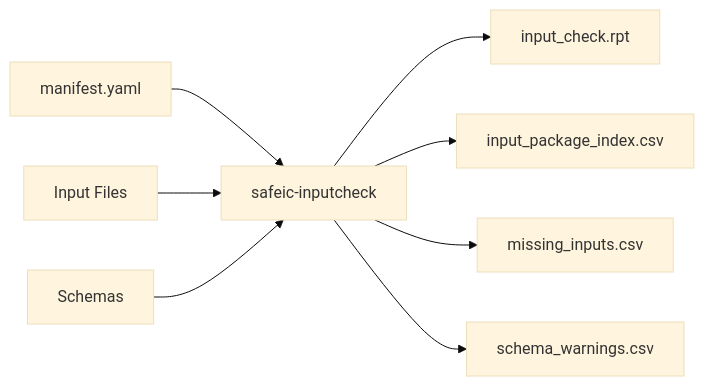
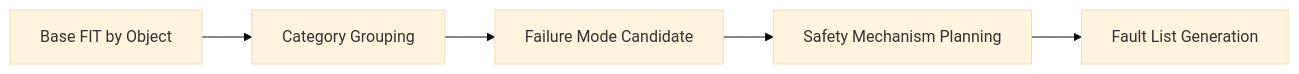
The fifth of 6 diagrams in articles/02_automotive_safeic_practice_d02_github_en_generic.md (qiqixixi1001/automotive-safeic-practice), drawn with Mermaid (base theme) before and after one commit. The commit also changed other lines of this file, not shown here.

````diff
--- a/articles/02_automotive_safeic_practice_d02_github_en_generic.md
+++ b/articles/02_automotive_safeic_practice_d02_github_en_generic.md
@@ -985,10 +619,7 @@
 ```mermaid
 flowchart LR
-    A[manifest.yaml] --> B[safeic-inputcheck]
-    C[Input Files] --> B
-    D[Schemas] --> B
-    B --> E[input_check.rpt]
-    B --> F[input_package_index.csv]
-    B --> G[missing_inputs.csv]
-    B --> H[schema_warnings.csv]
+    A[Base FIT by Object] --> B[Category Grouping]
+    B --> C[Failure Mode Candidate]
+    C --> D[Safety Mechanism Planning]
+    D --> E[Fault List Generation]
 ```
````
